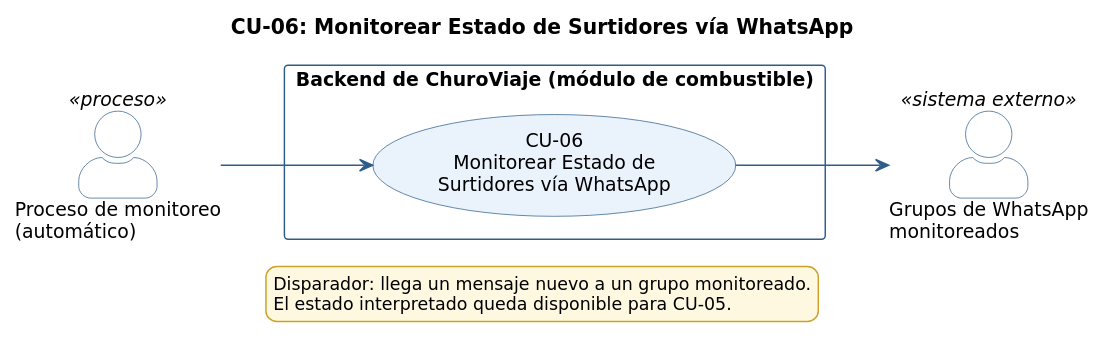
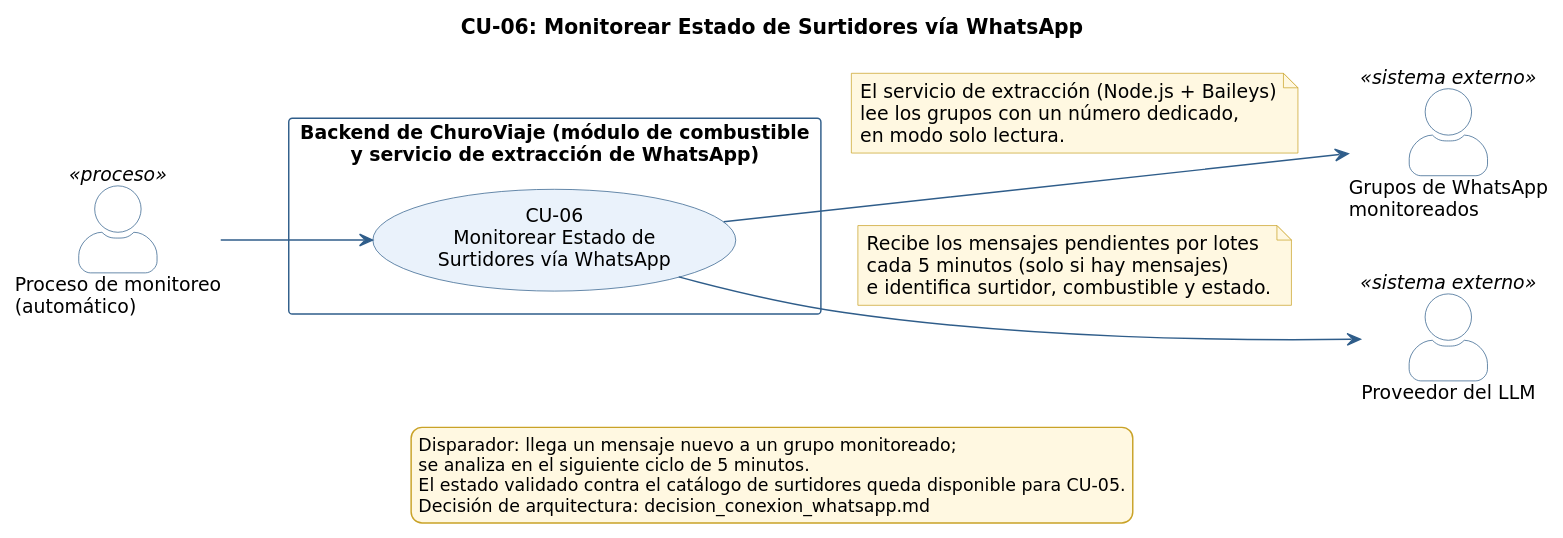
Before and after one commit to uniWASD/ChuroViajeInterno: the diagram in 03_des/DiagCU/CU-06_MonitorearSurtidoresWhatsApp.puml, drawn with PlantUML. The commit also changed 26 other files, not shown here.

Commit message:
docs(03_des): agrega diagramas de actividad CU-01 a CU-08 y actualiza diagrama de casos de uso de CU-06 (T-046, T-047)

```diff
--- a/03_des/DiagCU/CU-06_MonitorearSurtidoresWhatsApp.puml
+++ b/03_des/DiagCU/CU-06_MonitorearSurtidoresWhatsApp.puml
@@ -1,53 +1,67 @@
 @startuml CU-06_MonitorearSurtidoresWhatsApp
 ' CU-06: Monitorear Estado de Surtidores vía WhatsApp
 ' Fuente: 02_req - Especificación de Casos de Uso (CU-01 a CU-08)
-' Issue: T-029 (#8)
+' Issue: T-029 (#8); actualizado en T-045 (extracción con Baileys y análisis por lotes con LLM)
 
 left to right direction
 skinparam shadowing false
 skinparam defaultFontName "DejaVu Sans"
 skinparam defaultFontSize 13
 skinparam packageStyle rectangle
 skinparam actorStyle awesome
 skinparam usecase {
   BackgroundColor #EAF2FB
   BorderColor #2F5D8A
   ArrowColor #2F5D8A
 }
 skinparam rectangle {
   BorderColor #2F5D8A
   FontStyle bold
 }
 skinparam actor {
   BorderColor #2F5D8A
   BackgroundColor #FFFFFF
 }
 skinparam note {
   BackgroundColor #FFF8E1
   BorderColor #C9A227
 }
 skinparam ArrowColor #2F5D8A
 skinparam legend {
   BackgroundColor #FFF8E1
   BorderColor #C9A227
   FontSize 12
 }
 
 title CU-06: Monitorear Estado de Surtidores vía WhatsApp
 
 actor "Proceso de monitoreo\n(automático)" as Monitor <<proceso>>
 actor "Grupos de WhatsApp\nmonitoreados" as WA <<sistema externo>>
+actor "Proveedor del LLM" as LLM <<sistema externo>>
 
-rectangle "Backend de ChuroViaje (módulo de combustible)" {
+rectangle "Backend de ChuroViaje (módulo de combustible\ny servicio de extracción de WhatsApp)" {
   usecase "CU-06\nMonitorear Estado de\nSurtidores vía WhatsApp" as CU06
 }
 
 Monitor --> CU06
 CU06 --> WA
+note on link
+  El servicio de extracción (Node.js + Baileys)
+  lee los grupos con un número dedicado,
+  en modo solo lectura.
+end note
+CU06 --> LLM
+note on link
+  Recibe los mensajes pendientes por lotes
+  cada 5 minutos (solo si hay mensajes)
+  e identifica surtidor, combustible y estado.
+end note
 
 legend bottom
-  Disparador: llega un mensaje nuevo a un grupo monitoreado.
-  El estado interpretado queda disponible para CU-05.
+  Disparador: llega un mensaje nuevo a un grupo monitoreado;
+  se analiza en el siguiente ciclo de 5 minutos.
+  El estado validado contra el catálogo de surtidores queda disponible para CU-05.
+  Decisión de arquitectura: decision_conexion_whatsapp.md
 endlegend
 
 @enduml
```
